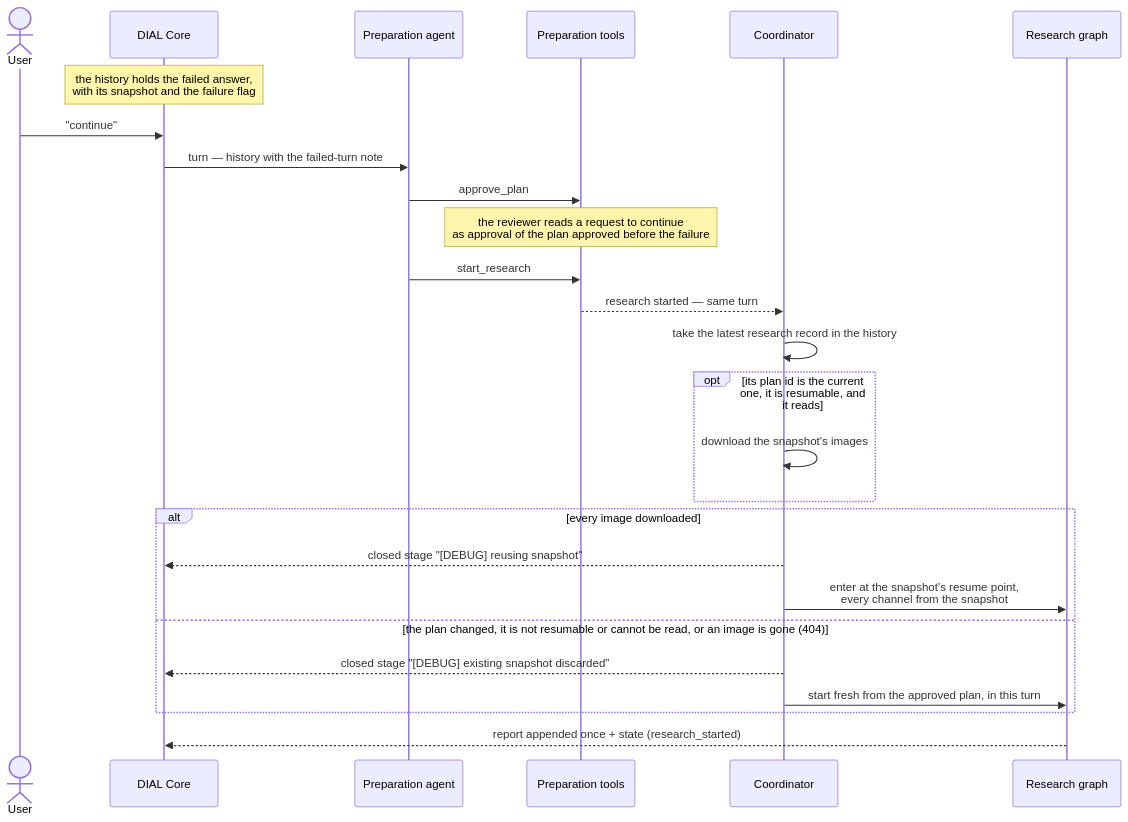
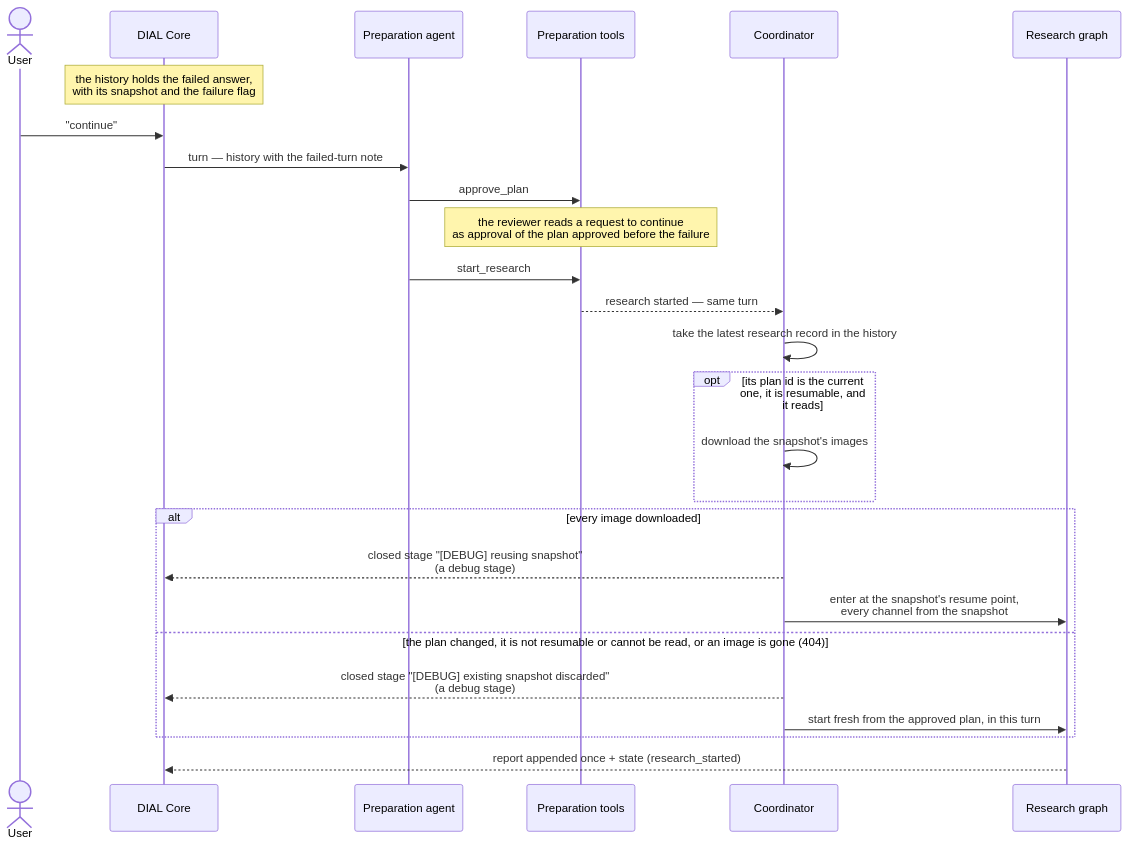
The fourth of 5 diagrams in docs/architecture.md (epam/ai-dial-deep-research-backend), drawn with Mermaid before and after one commit. The commit also changed other lines of this file and 28 other files, not shown here.

````diff
--- a/docs/architecture.md
+++ b/docs/architecture.md
@@ -242,29 +242,29 @@
 ```mermaid
 sequenceDiagram
     actor U as User
     participant C as DIAL Core
     participant A as Preparation agent
     participant T as Preparation tools
     participant K as Coordinator
     participant G as Research graph
 
     Note over C: the history holds the failed answer,<br/>with its snapshot and the failure flag
     U->>C: "continue"
     C->>A: turn — history with the failed-turn note
     A->>T: approve_plan
     Note over T: the reviewer reads a request to continue<br/>as approval of the plan approved before the failure
     A->>T: start_research
     T-->>K: research started — same turn
     K->>K: take the latest research record in the history
     opt its plan id is the current one, it is resumable, and it reads
         K->>K: download the snapshot's images
     end
     alt every image downloaded
-        K-->>C: closed stage "[DEBUG] reusing snapshot"
+        K-->>C: closed stage "[DEBUG] reusing snapshot"<br/>(a debug stage)
         K->>G: enter at the snapshot's resume point,<br/>every channel from the snapshot
     else the plan changed, it is not resumable or cannot be read, or an image is gone (404)
-        K-->>C: closed stage "[DEBUG] existing snapshot discarded"
+        K-->>C: closed stage "[DEBUG] existing snapshot discarded"<br/>(a debug stage)
         K->>G: start fresh from the approved plan, in this turn
     end
     G-->>C: report appended once + state (research_started)
 ```
````
